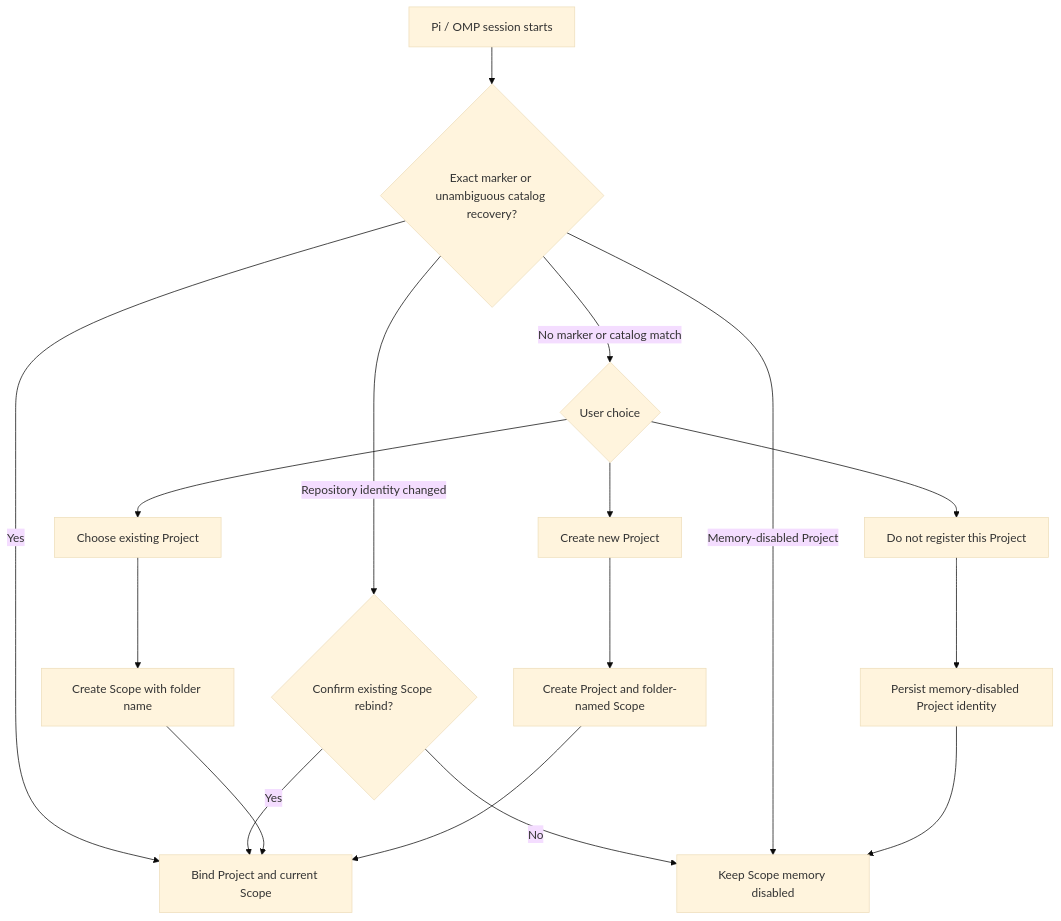
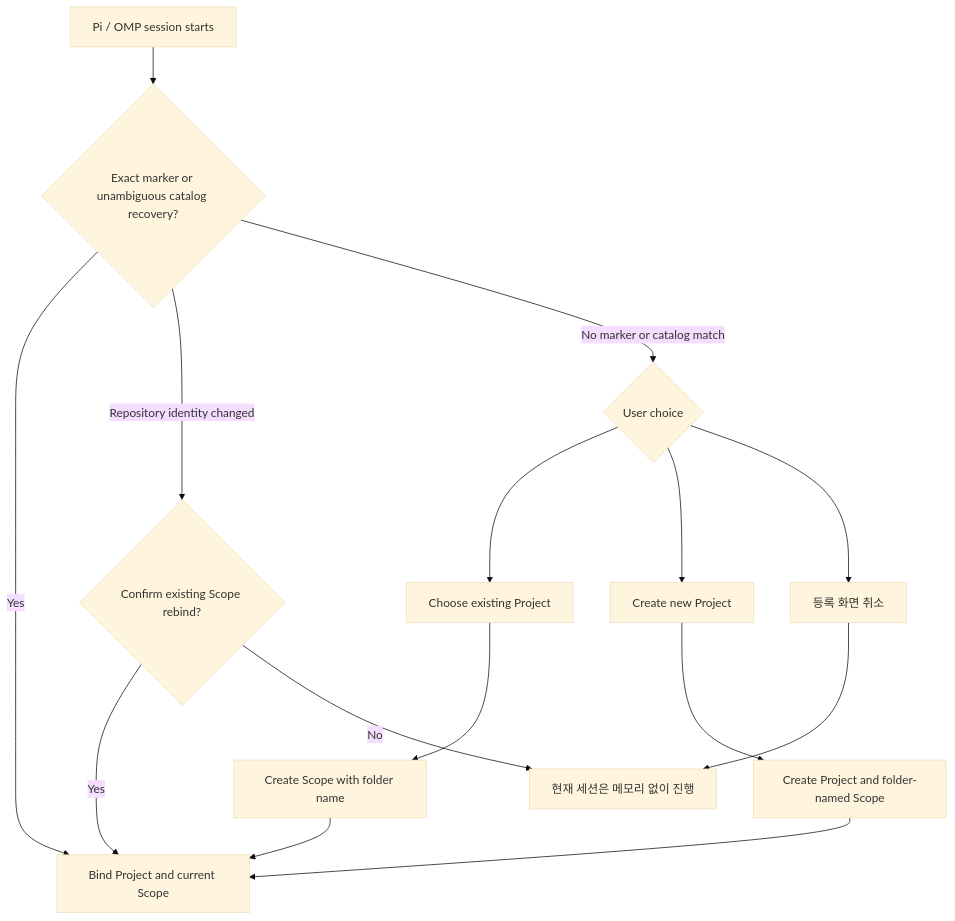
Before and after one commit to dudong2/pi-memory-orchestrator: the second of 4 diagrams in README.md, drawn with Mermaid (base theme). The commit also changed other lines of this file and 47 other files, not shown here.

````diff
--- a/README.md
+++ b/README.md
@@ -65,19 +65,17 @@
 ```mermaid
 flowchart TD
     Start[Pi / OMP session starts] --> Resolve{Exact marker or unambiguous catalog recovery?}
     Resolve -->|Yes| Bind[Bind Project and current Scope]
     Resolve -->|Repository identity changed| Rebind{Confirm existing Scope rebind?}
     Rebind -->|Yes| Bind
-    Rebind -->|No| Disabled[Disable Scope memory for this session]
-    Resolve -->|Memory-disabled Project| Disabled[Keep Scope memory disabled]
+    Rebind -->|No| Unregistered[현재 세션은 메모리 없이 진행]
     Resolve -->|No marker or catalog match| Choose{User choice}
     Choose --> Existing[Choose existing Project]
     Choose --> New[Create new Project]
-    Choose --> None[Do not register this Project]
+    Choose --> Cancel[등록 화면 취소]
     Existing --> Scope[Create Scope with folder name]
     New --> First[Create Project and folder-named Scope]
     Scope --> Bind
     First --> Bind
-    None --> Persist[Persist memory-disabled Project identity]
-    Persist --> Disabled
+    Cancel --> Unregistered
 ```
````
